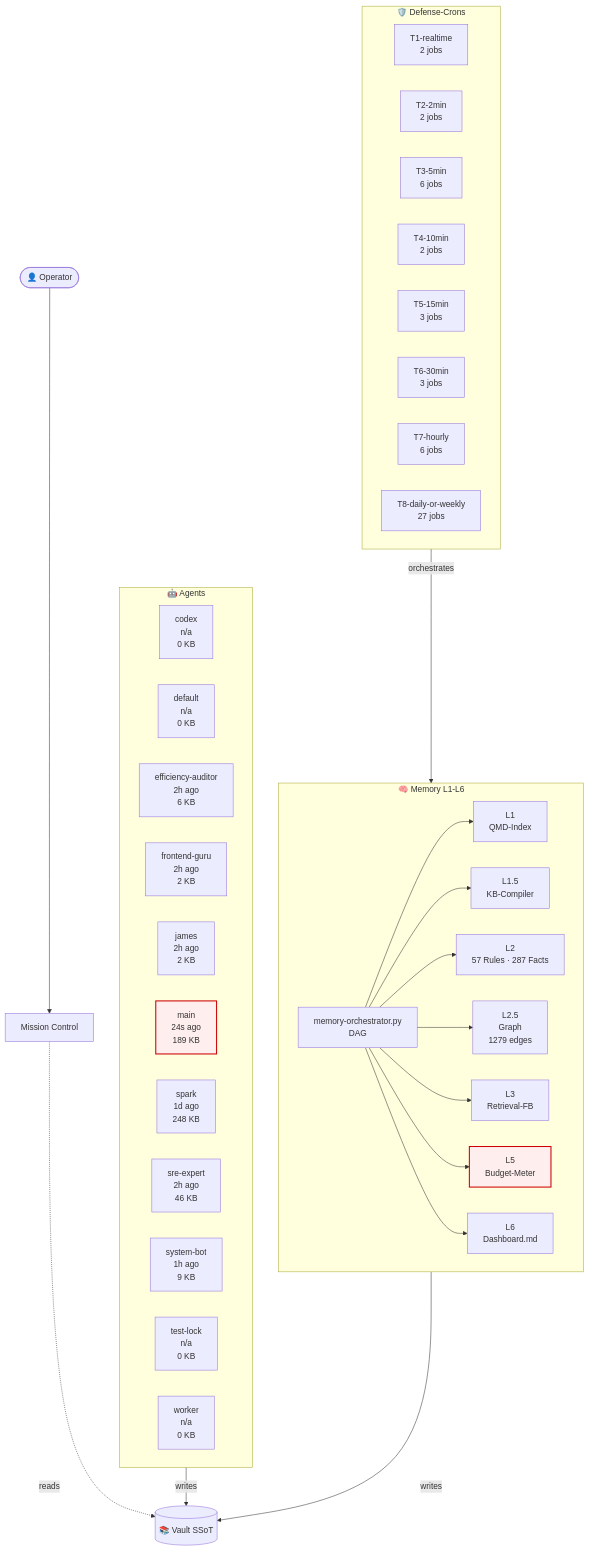
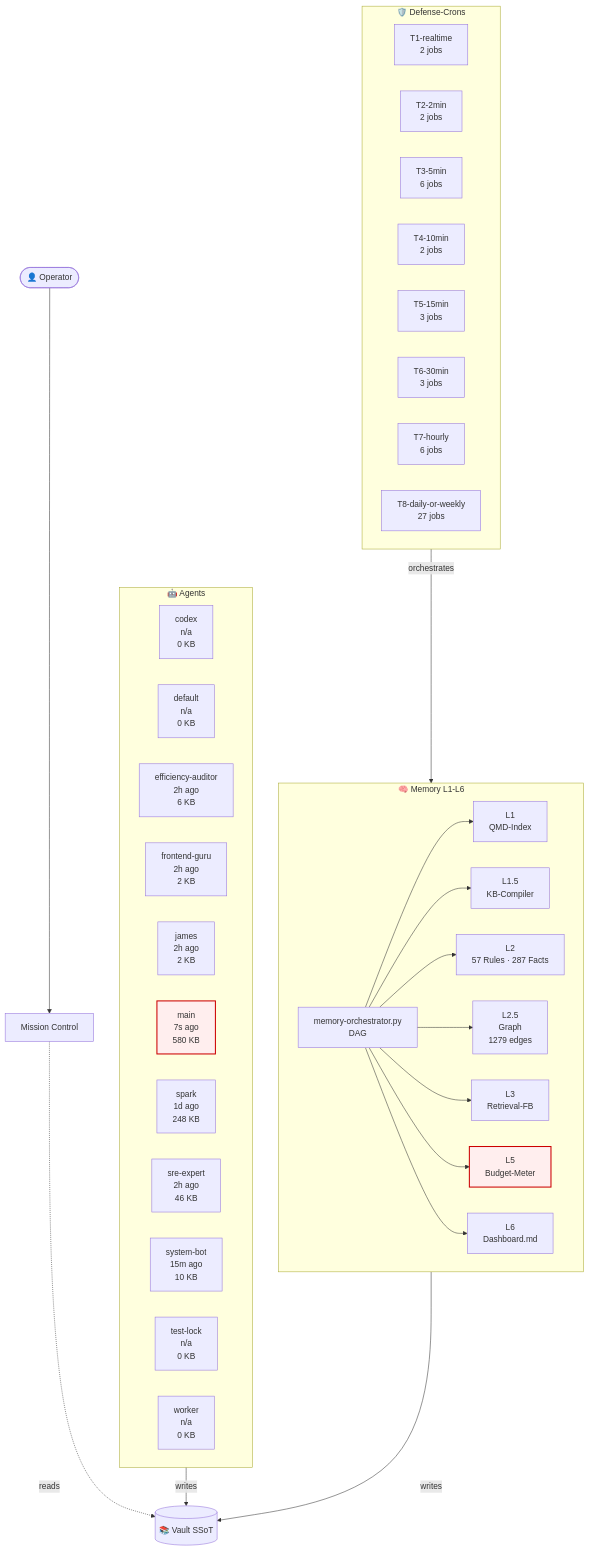
One commit to lenardhuebner88-rgb/openclaw-memory changed the diagram in 03-Agents/architecture-live.md. Above: the diagram before and after it, drawn with Mermaid. The commit also changed other lines of this file and 14 other files, not shown here.

````diff
--- a/03-Agents/architecture-live.md
+++ b/03-Agents/architecture-live.md
@@ -18,54 +18,54 @@
 ```mermaid
 flowchart TB
     classDef critical fill:#fee,stroke:#c00,stroke-width:2px;
     subgraph AGT["🤖 Agents"]
         agent_codex["codex<br/>n/a<br/>0 KB"]
         agent_default["default<br/>n/a<br/>0 KB"]
         agent_efficiency_auditor["efficiency-auditor<br/>2h ago<br/>6 KB"]
         agent_frontend_guru["frontend-guru<br/>2h ago<br/>2 KB"]
         agent_james["james<br/>2h ago<br/>2 KB"]
-        agent_main["main<br/>24s ago<br/>189 KB"]
+        agent_main["main<br/>7s ago<br/>580 KB"]
         agent_spark["spark<br/>1d ago<br/>248 KB"]
         agent_sre_expert["sre-expert<br/>2h ago<br/>46 KB"]
-        agent_system_bot["system-bot<br/>1h ago<br/>9 KB"]
+        agent_system_bot["system-bot<br/>15m ago<br/>10 KB"]
         agent_test_lock["test-lock<br/>n/a<br/>0 KB"]
         agent_worker["worker<br/>n/a<br/>0 KB"]
     end
     subgraph MEM["🧠 Memory L1-L6"]
         L1["L1<br/>QMD-Index"]
         L15["L1.5<br/>KB-Compiler"]
         L2["L2<br/>57 Rules · 287 Facts"]
         L25["L2.5<br/>Graph<br/>1279 edges"]
         L3["L3<br/>Retrieval-FB"]
         L5["L5<br/>Budget-Meter"]
         L6["L6<br/>Dashboard.md"]
         ORCH["memory-orchestrator.py<br/>DAG"]
     end
     subgraph CRN["🛡️ Defense-Crons"]
         tier_T1_realtime["T1-realtime<br/>2 jobs"]
         tier_T2_2min["T2-2min<br/>2 jobs"]
         tier_T3_5min["T3-5min<br/>6 jobs"]
         tier_T4_10min["T4-10min<br/>2 jobs"]
         tier_T5_15min["T5-15min<br/>3 jobs"]
         tier_T6_30min["T6-30min<br/>3 jobs"]
         tier_T7_hourly["T7-hourly<br/>6 jobs"]
         tier_T8_daily_or_weekly["T8-daily-or-weekly<br/>27 jobs"]
     end
     VAULT[("📚 Vault SSoT")]
     OP([👤 Operator])
     MC["Mission Control"]
     OP --> MC
     MC -.reads.-> VAULT
     AGT -->|writes| VAULT
     MEM -->|writes| VAULT
     ORCH --> L1
     ORCH --> L15
     ORCH --> L2
     ORCH --> L25
     ORCH --> L3
     ORCH --> L5
     ORCH --> L6
     CRN -->|orchestrates| MEM
     class L5 critical
     class agent_main critical
 ```
````
